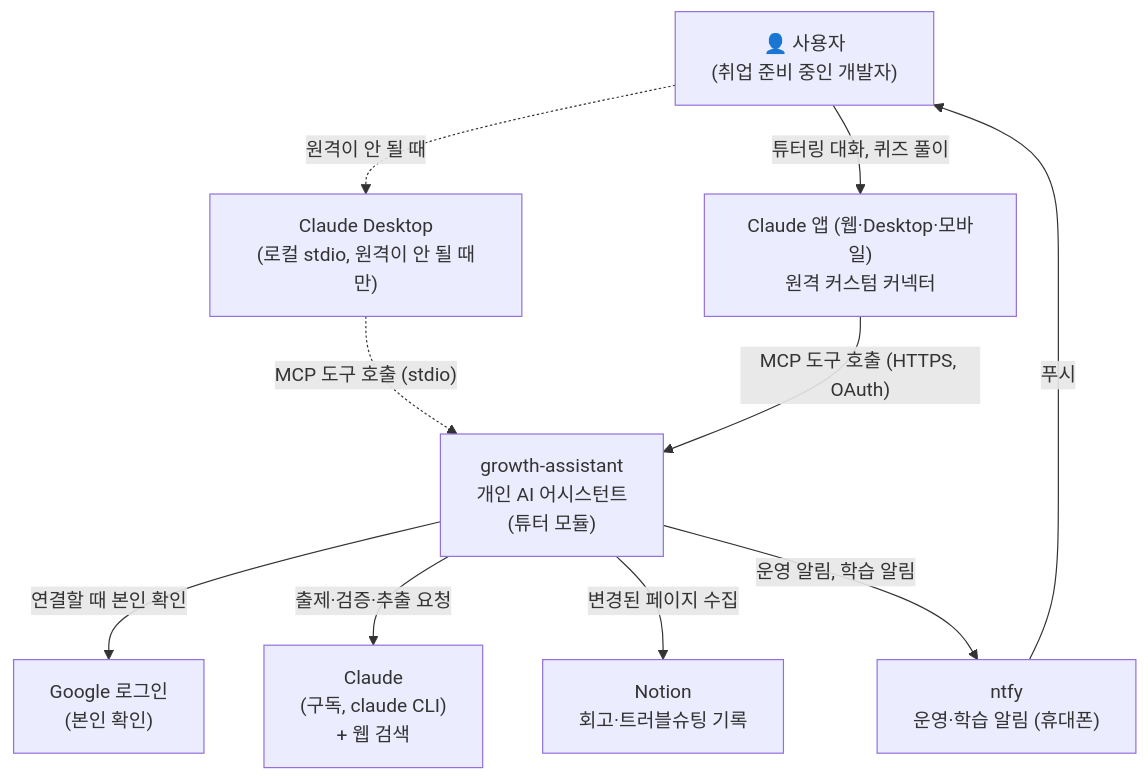
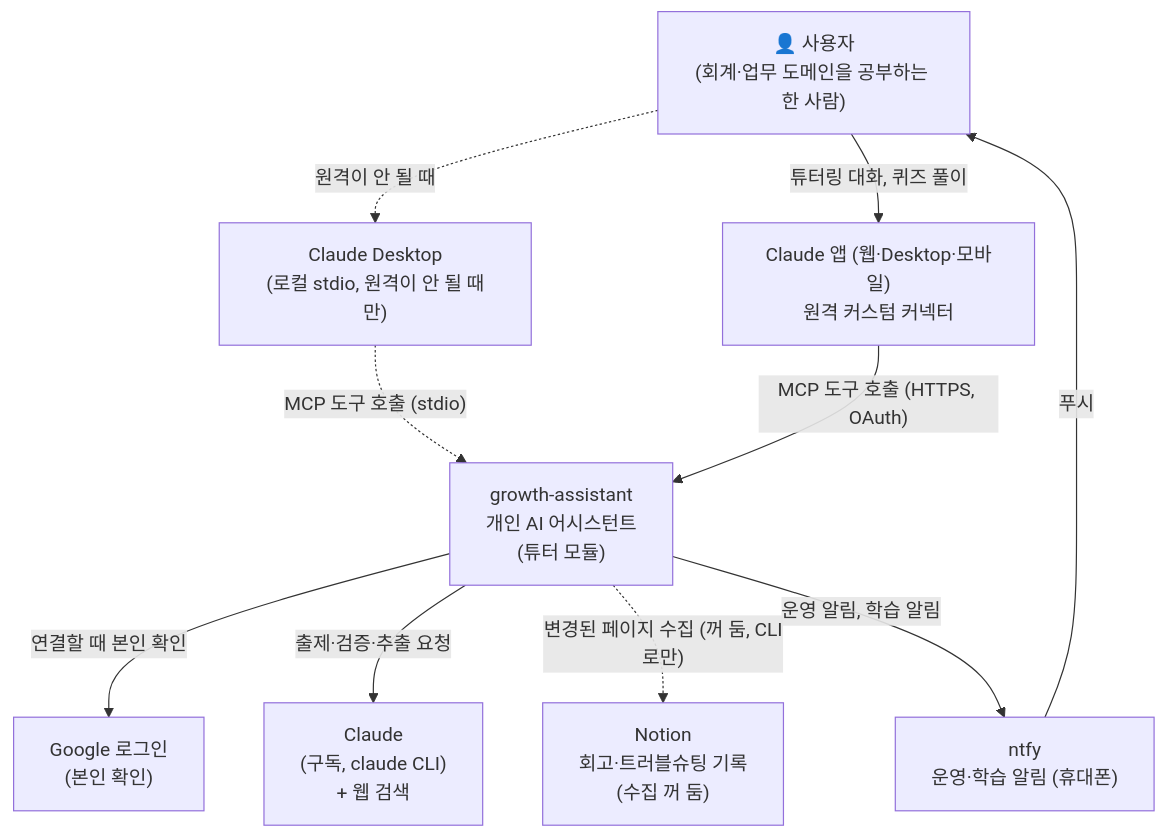
Before and after one commit to Wonchang0314/growth-assistant: the diagram in docs/architecture/c4-1-context.md, drawn with Mermaid. The commit also changed other lines of this file and 60 other files, not shown here.

````diff
--- a/docs/architecture/c4-1-context.md
+++ b/docs/architecture/c4-1-context.md
@@ -5,21 +5,21 @@
 ```mermaid
 flowchart TB
-    user["👤 사용자<br/>(취업 준비 중인 개발자)"]
+    user["👤 사용자<br/>(회계·업무 도메인을 공부하는 한 사람)"]
     ga["growth-assistant<br/>개인 AI 어시스턴트<br/>(튜터 모듈)"]
     desktop["Claude Desktop<br/>(로컬 stdio, 원격이 안 될 때만)"]
     claude["Claude<br/>(구독, claude CLI)<br/>+ 웹 검색"]
-    notion["Notion<br/>회고·트러블슈팅 기록"]
+    notion["Notion<br/>회고·트러블슈팅 기록<br/>(수집 꺼 둠)"]
     connector["Claude 앱 (웹·Desktop·모바일)<br/>원격 커스텀 커넥터"]
     google["Google 로그인<br/>(본인 확인)"]
     ntfy["ntfy<br/>운영·학습 알림 (휴대폰)"]
 
     user -. "원격이 안 될 때" .-> desktop
     user -- "튜터링 대화, 퀴즈 풀이" --> connector
     desktop -. "MCP 도구 호출 (stdio)" .-> ga
     connector -- "MCP 도구 호출 (HTTPS, OAuth)" --> ga
     ga -- "연결할 때 본인 확인" --> google
     ga -- "출제·검증·추출 요청" --> claude
-    ga -- "변경된 페이지 수집" --> notion
+    ga -. "변경된 페이지 수집 (꺼 둠, CLI로만)" .-> notion
     ga -- "운영 알림, 학습 알림" --> ntfy
     ntfy -- "푸시" --> user
 ```
````
